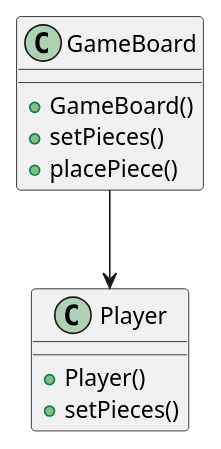
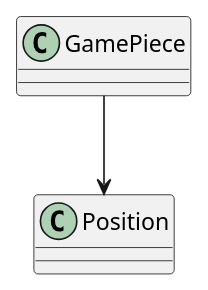
Before and after one commit to 20242-ifba-saj-ads-ppr/framework-equipe1: diagram 17 of 24 in README.md, drawn with PlantUML. The commit also changed other lines of this file and 1 other file, not shown here.

````diff
--- a/README.md
+++ b/README.md
@@ -981,16 +996,8 @@
 ```plantuml
 @startuml
-class GameBoard {
-  +GameBoard()
-  +setPieces()
-  +placePiece()
-}
+class Position
+class GamePiece
 
-class Player {
-  +Player()
-  +setPieces()
-}
-
-GameBoard --> Player
+GamePiece --> Position
 @enduml
 ```
````
